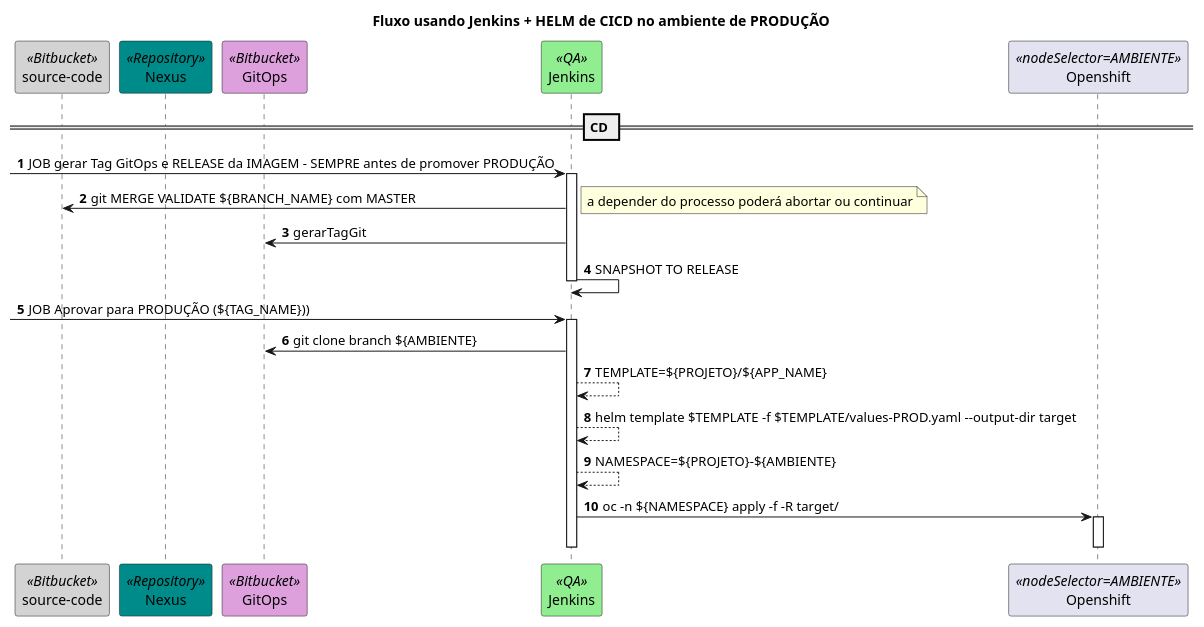
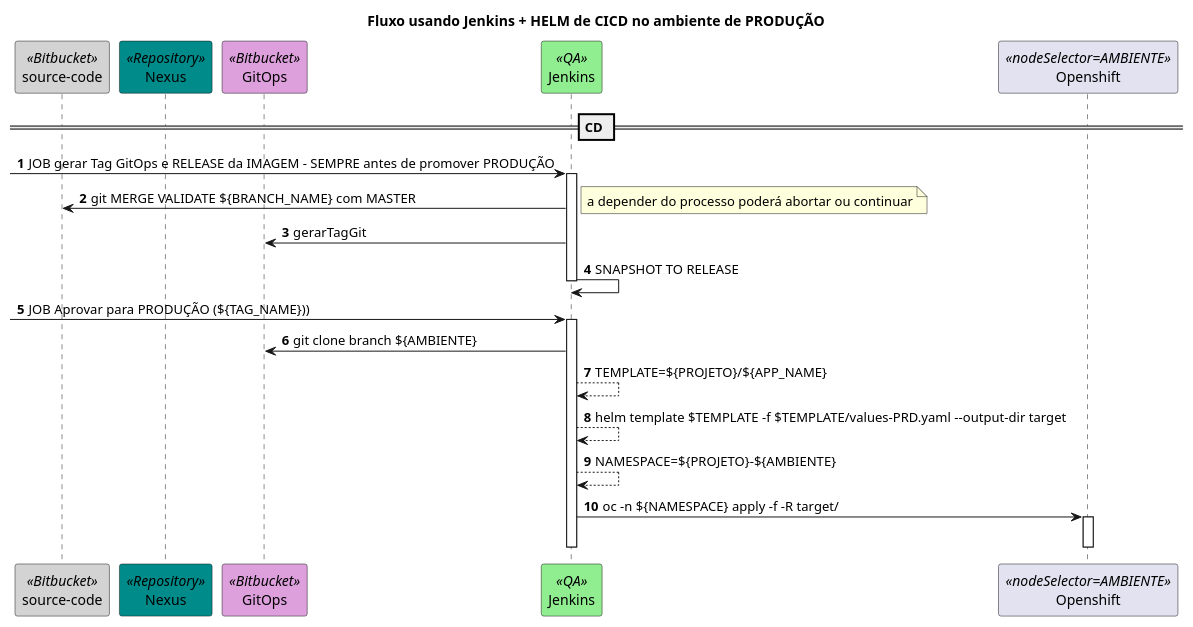
Before and after one commit to jovemfelix/gitops-jenkins-helm: the diagram in docs/cicd-fluxo.puml, drawn with PlantUML. The commit also changed 2 other files, not shown here.

```diff
--- a/docs/cicd-fluxo.puml
+++ b/docs/cicd-fluxo.puml
@@ -1,37 +1,37 @@
 @startuml
 
 title Fluxo usando Jenkins + HELM de CICD no ambiente de PRODUÇÃO
 
 autonumber
 
 participant "source-code" as source << Bitbucket >> #LightGrey
 participant Nexus as nexus << Repository >> #DarkCyan
 participant "GitOps" as config << Bitbucket >> #Plum
 participant "Jenkins" as jenkinsProd<< QA >> #LightGreen
 participant "Openshift" as ocp << nodeSelector=AMBIENTE >>
 
 == CD ==
 
 [->jenkinsProd: JOB gerar Tag GitOps e RELEASE da IMAGEM - SEMPRE antes de promover PRODUÇÃO
 activate jenkinsProd
 jenkinsProd -> source: git MERGE VALIDATE ${BRANCH_NAME} com MASTER
 note right: a depender do processo poderá abortar ou continuar
 
 jenkinsProd -> config: gerarTagGit
 jenkinsProd -> jenkinsProd: SNAPSHOT TO RELEASE
 deactivate jenkinsProd
 
 [-> jenkinsProd: JOB Aprovar para PRODUÇÃO (${TAG_NAME}))
 activate jenkinsProd
 
 jenkinsProd -> config: git clone branch ${AMBIENTE}
 jenkinsProd --> jenkinsProd: TEMPLATE=${PROJETO}/${APP_NAME}
-jenkinsProd --> jenkinsProd: helm template $TEMPLATE -f $TEMPLATE/values-PROD.yaml --output-dir target
+jenkinsProd --> jenkinsProd: helm template $TEMPLATE -f $TEMPLATE/values-PRD.yaml --output-dir target
 
 jenkinsProd --> jenkinsProd: NAMESPACE=${PROJETO}-${AMBIENTE}
 jenkinsProd -> ocp: oc -n ${NAMESPACE} apply -f -R target/
 activate ocp
 deactivate ocp
 deactivate jenkinsProd
 
 @enduml
```
